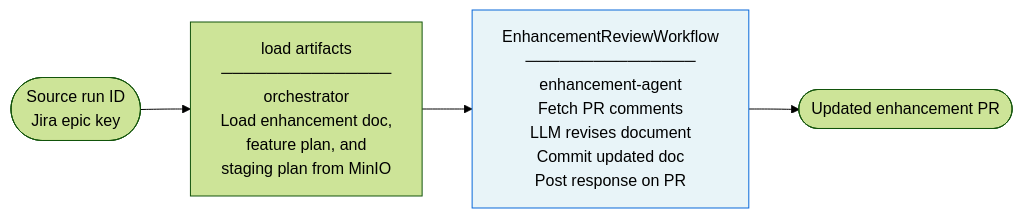
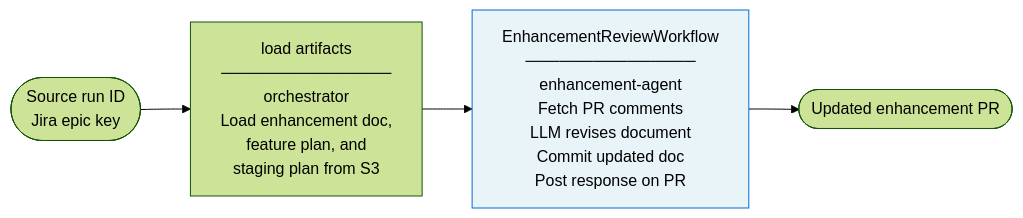
Before and after one commit to openshift-splat-team/splat-sdlc-operator: the seventh of 8 diagrams in README.md, drawn with Mermaid (forest theme). The commit also changed other lines of this file and 25 other files, not shown here.

````diff
--- a/README.md
+++ b/README.md
@@ -230,12 +230,12 @@
 ```mermaid
 flowchart LR
     IN(["Source run ID\nJira epic key"]) --> A
 
-    A["load artifacts\n───────────────\norchestrator\nLoad enhancement doc,\nfeature plan, and\nstaging plan from MinIO"]
+    A["load artifacts\n───────────────\norchestrator\nLoad enhancement doc,\nfeature plan, and\nstaging plan from S3"]
 
     A --> B["EnhancementReviewWorkflow\n───────────────\nenhancement-agent\nFetch PR comments\nLLM revises document\nCommit updated doc\nPost response on PR"]
 
     B --> OUT([Updated enhancement PR])
 
     style B fill:#e8f4f8,stroke:#0969da,color:#000
 ```
````
